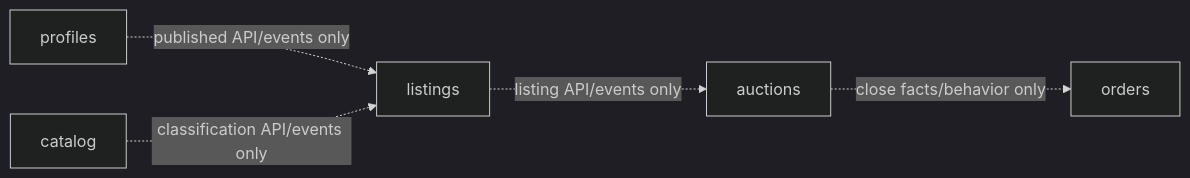
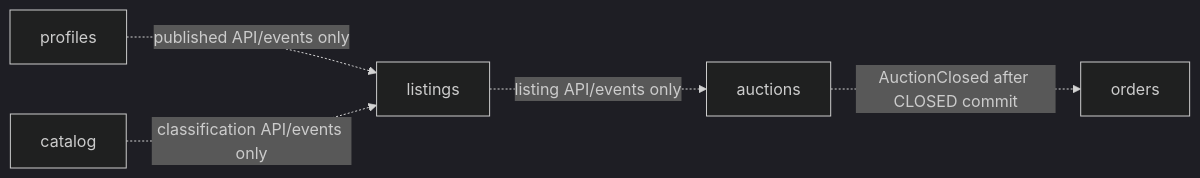
Before and after one commit to LaNguAx/bidpoint: the diagram in project-discovery/design-system/04-core-platform-modular-monolith.md, drawn with Mermaid (dark theme). The commit also changed other lines of this file and 22 other files, not shown here.

````diff
--- a/project-discovery/design-system/04-core-platform-modular-monolith.md
+++ b/project-discovery/design-system/04-core-platform-modular-monolith.md
@@ -53,12 +53,12 @@
 ```mermaid
 flowchart LR
     P["profiles"]
     C["catalog"]
     L["listings"]
     A["auctions"]
     O["orders"]
     P -. "published API/events only" .-> L
     C -. "classification API/events only" .-> L
     L -. "listing API/events only" .-> A
-    A -. "close facts/behavior only" .-> O
+    A -. "AuctionClosed after CLOSED commit" .-> O
 ```
````
